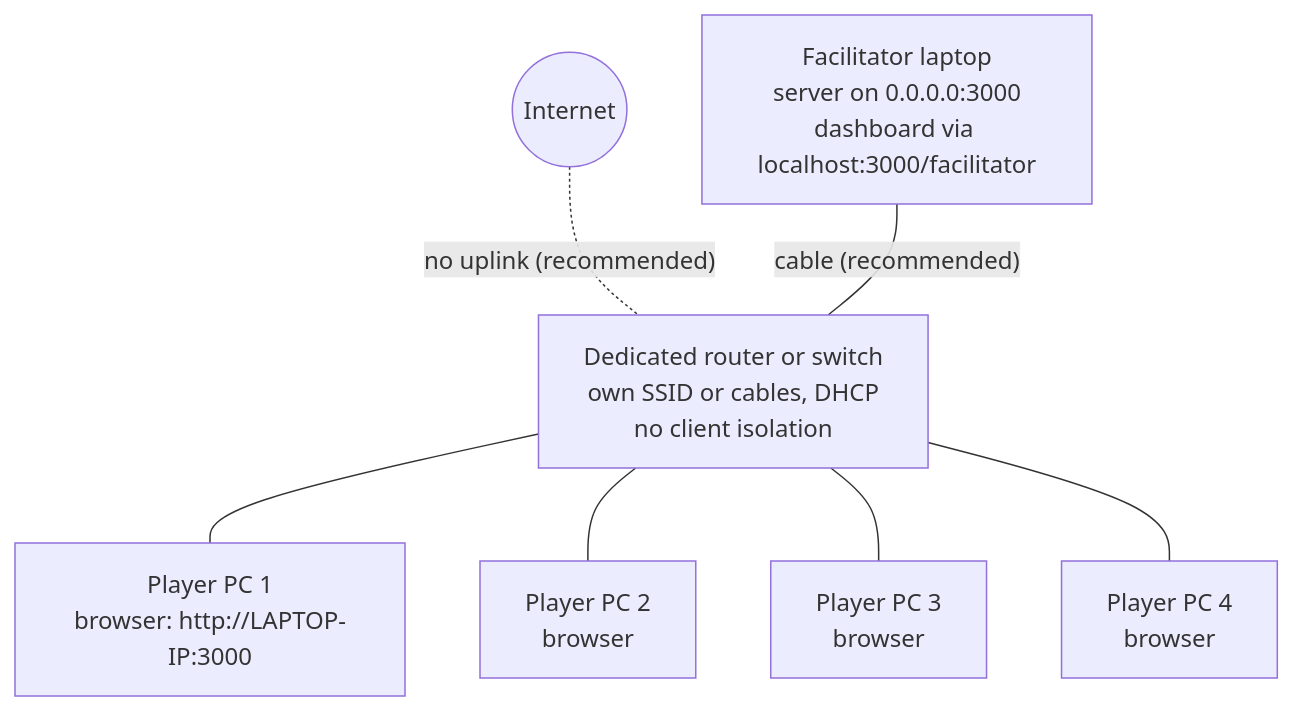
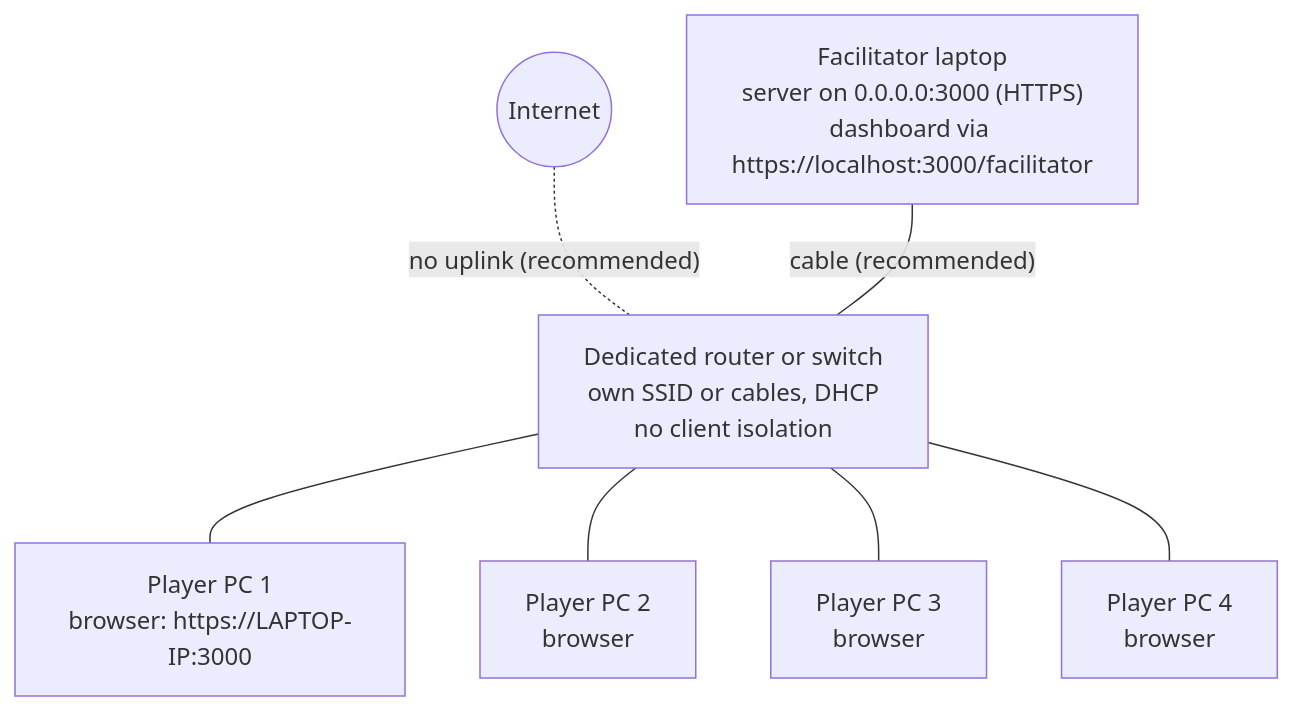
Before and after one commit to xy-zak/WhoKnowsWhoActs: the first of 8 diagrams in docs/NETWORKING.md, drawn with Mermaid. The commit also changed other lines of this file and 18 other files, not shown here.

````diff
--- a/docs/NETWORKING.md
+++ b/docs/NETWORKING.md
@@ -37,16 +37,16 @@
 ```mermaid
 flowchart TB
   INET(("Internet"))
   R["Dedicated router or switch<br/>own SSID or cables, DHCP<br/>no client isolation"]
-  L["Facilitator laptop<br/>server on 0.0.0.0:3000<br/>dashboard via localhost:3000/facilitator"]
-  P1["Player PC 1<br/>browser: http://LAPTOP-IP:3000"]
+  L["Facilitator laptop<br/>server on 0.0.0.0:3000 (HTTPS)<br/>dashboard via https://localhost:3000/facilitator"]
+  P1["Player PC 1<br/>browser: https://LAPTOP-IP:3000"]
   P2["Player PC 2<br/>browser"]
   P3["Player PC 3<br/>browser"]
   P4["Player PC 4<br/>browser"]
   INET -.-|"no uplink (recommended)"| R
   L ---|"cable (recommended)"| R
   R --- P1
   R --- P2
   R --- P3
   R --- P4
 ```
````
